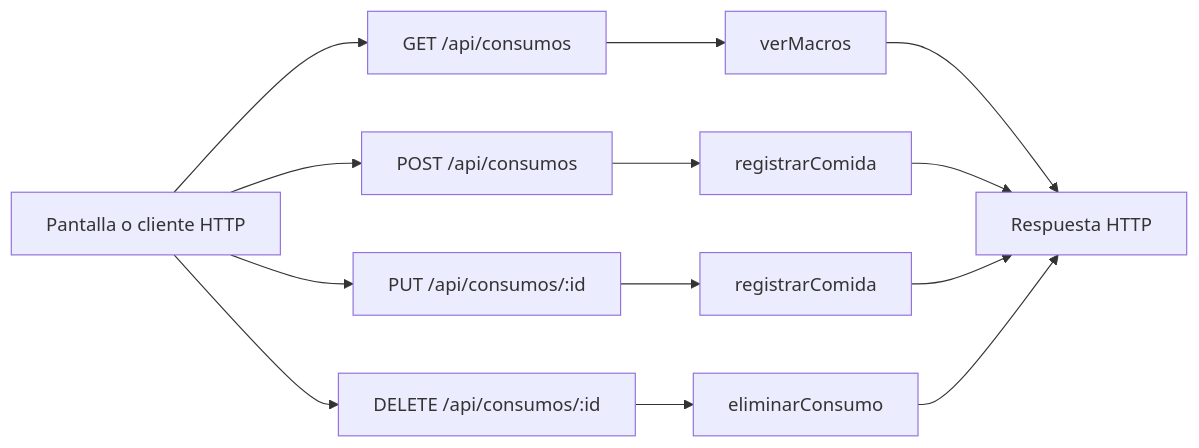
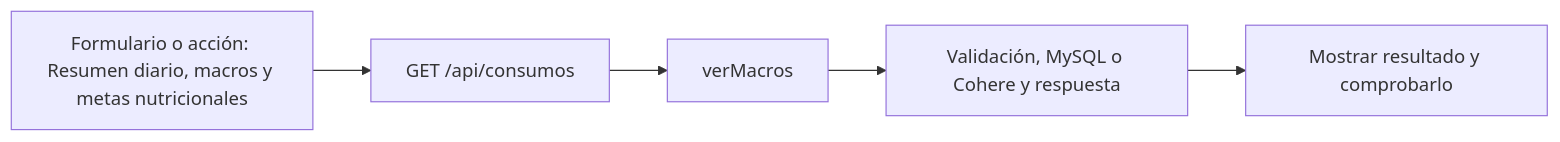
Before and after one commit to tomimeno0/GYM-OS-Preentrega-75: the diagram in guias/07-mateo-romani.md, drawn with Mermaid. The commit also changed other lines of this file and 12 other files, not shown here.

````diff
--- a/guias/07-mateo-romani.md
+++ b/guias/07-mateo-romani.md
@@ -18,16 +13,8 @@
 ```mermaid
 flowchart LR
-  P["Pantalla o cliente HTTP"]
-  P --> E0["GET /api/consumos"]
-  E0 --> F0["verMacros"]
-  F0 --> R["Respuesta HTTP"]
-  P --> E1["POST /api/consumos"]
-  E1 --> F1["registrarComida"]
-  F1 --> R["Respuesta HTTP"]
-  P --> E2["PUT /api/consumos/:id"]
-  E2 --> F2["registrarComida"]
-  F2 --> R["Respuesta HTTP"]
-  P --> E3["DELETE /api/consumos/:id"]
-  E3 --> F3["eliminarConsumo"]
-  F3 --> R["Respuesta HTTP"]
+  U["Formulario o acción: Resumen diario, macros y metas nutricionales"]
+  U --> E0["GET /api/consumos"]
+  E0 --> H0["verMacros"]
+  H0 --> R["Validación, MySQL o Cohere y respuesta"]
+  R --> C["Mostrar resultado y comprobarlo"]
 ```
````
